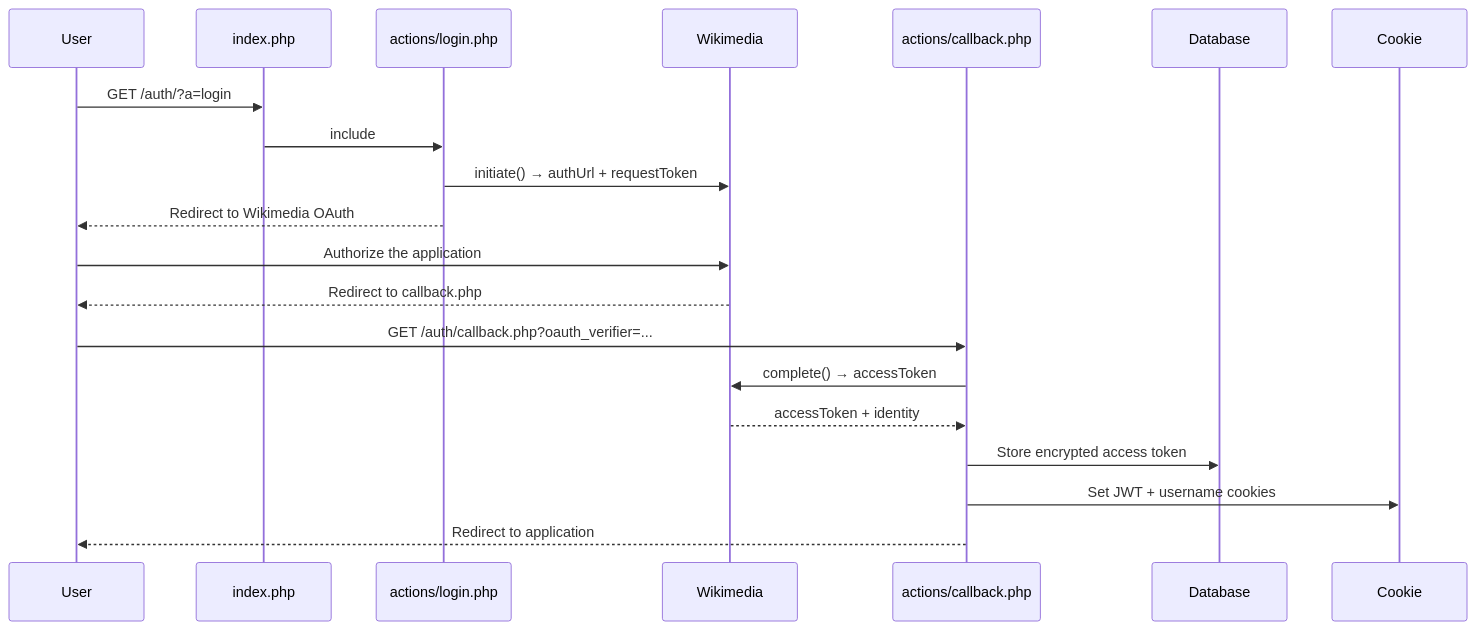
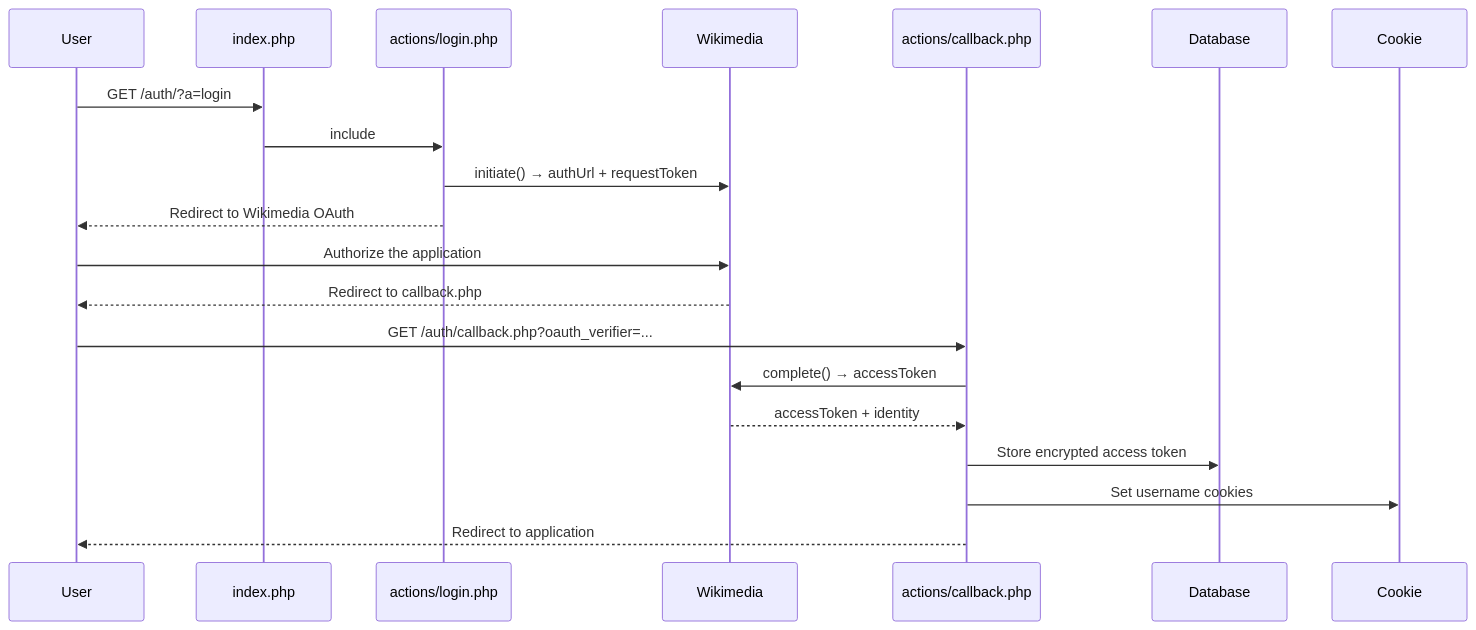
The diagram in README.md (Mdwiki-TD/auth-repo), drawn with Mermaid before and after one commit. The commit also changed other lines of this file and 8 other files, not shown here.

````diff
--- a/README.md
+++ b/README.md
@@ -473,25 +464,25 @@
 ```mermaid
 sequenceDiagram
     participant User
     participant index.php
     participant actions/login.php
     participant Wikimedia
     participant actions/callback.php
     participant Database
     participant Cookie
 
     User->>index.php: GET /auth/?a=login
     index.php->>actions/login.php: include
     actions/login.php->>Wikimedia: initiate() → authUrl + requestToken
     actions/login.php-->>User: Redirect to Wikimedia OAuth
 
     User->>Wikimedia: Authorize the application
     Wikimedia-->>User: Redirect to callback.php
 
     User->>actions/callback.php: GET /auth/callback.php?oauth_verifier=...
     actions/callback.php->>Wikimedia: complete() → accessToken
     Wikimedia-->>actions/callback.php: accessToken + identity
     actions/callback.php->>Database: Store encrypted access token
-    actions/callback.php->>Cookie: Set JWT + username cookies
+    actions/callback.php->>Cookie: Set username cookies
     actions/callback.php-->>User: Redirect to application
 ```
````
